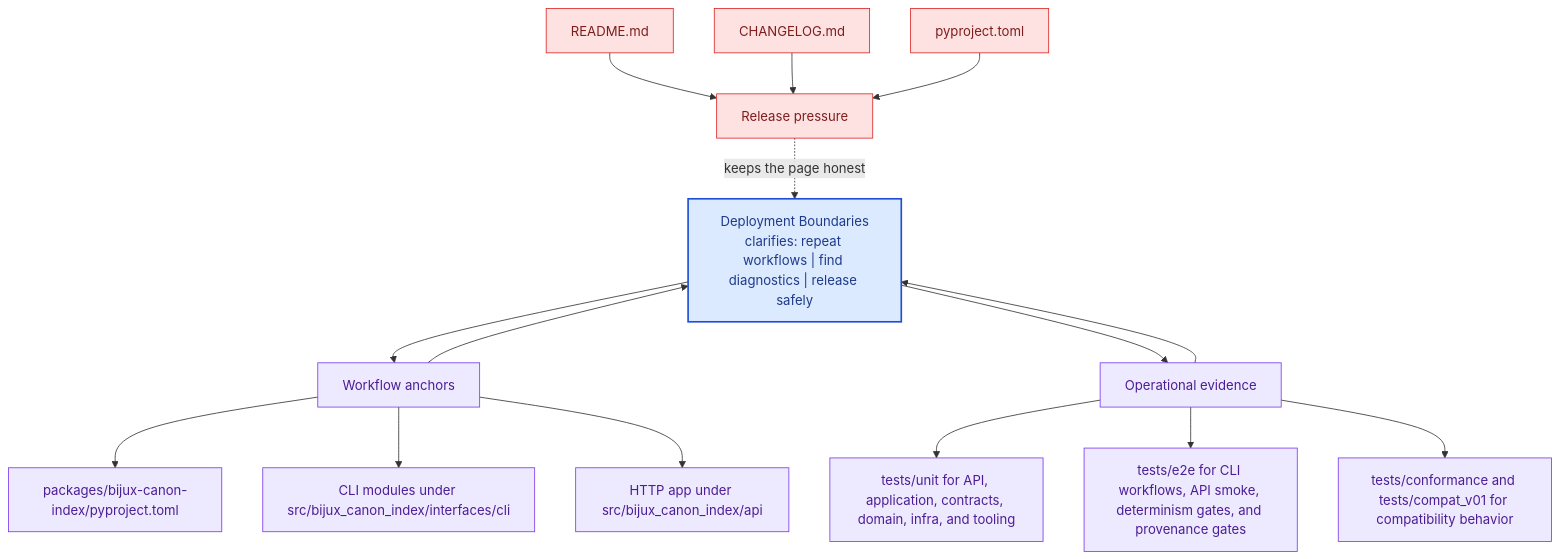
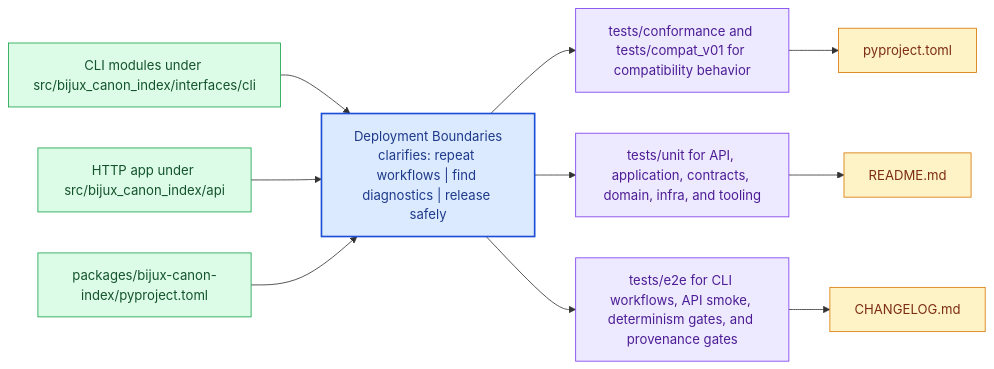
The diagram in docs/bijux-canon-index/operations/deployment-boundaries.md (bijux/bijux-canon), drawn with Mermaid before and after one commit. The commit also changed other lines of this file and 281 other files, not shown here.

Commit message:
docs(diagrams): replace repeated mermaid scaffolds with page-specific summaries

````diff
--- a/docs/bijux-canon-index/operations/deployment-boundaries.md
+++ b/docs/bijux-canon-index/operations/deployment-boundaries.md
@@ -67,41 +22,31 @@
 ```mermaid
-flowchart TB
-    promise["Deployment Boundaries<br/>clarifies: repeat workflows | find diagnostics | release safely"]
-    classDef promise fill:#dbeafe,stroke:#1d4ed8,color:#1e3a8a,stroke-width:2px;
-    classDef driver fill:#dcfce7,stroke:#16a34a,color:#14532d;
-    classDef constraint fill:#fee2e2,stroke:#dc2626,color:#7f1d1d;
-    classDef ground fill:#ede9fe,stroke:#7c3aed,color:#4c1d95;
-    focus1["Workflow anchors"]
-    focus1 --> promise
-    promise --> focus1
-    focus1_1["packages/bijux-canon-index/pyproject.toml"]
-    focus1 --> focus1_1
-    focus1_2["CLI modules under src/bijux_canon_index/interfaces/cli"]
-    focus1 --> focus1_2
-    focus1_3["HTTP app under src/bijux_canon_index/api"]
-    focus1 --> focus1_3
-    class focus1 ground;
-    class focus1_1,focus1_2,focus1_3 ground;
-    focus2["Operational evidence"]
-    focus2 --> promise
-    promise --> focus2
-    focus2_1["tests/unit for API, application, contracts, domain, infra, and tooling"]
-    focus2 --> focus2_1
-    focus2_2["tests/e2e for CLI workflows, API smoke, determinism gates, and provenance gates"]
-    focus2 --> focus2_2
-    focus2_3["tests/conformance and tests/compat_v01 for compatibility behavior"]
-    focus2 --> focus2_3
-    class focus2 ground;
-    class focus2_1,focus2_2,focus2_3 ground;
-    focus3["Release pressure"]
-    focus3 -.keeps the page honest.-> promise
-    focus3_1["README.md"]
-    focus3_1 --> focus3
-    focus3_2["CHANGELOG.md"]
-    focus3_2 --> focus3
-    focus3_3["pyproject.toml"]
-    focus3_3 --> focus3
-    class focus3 constraint;
-    class focus3_1,focus3_2,focus3_3 constraint;
-    class promise promise;
+flowchart LR
+    page["Deployment Boundaries<br/>clarifies: repeat workflows | find diagnostics | release safely"]
+    classDef page fill:#dbeafe,stroke:#1d4ed8,color:#1e3a8a,stroke-width:2px;
+    classDef positive fill:#dcfce7,stroke:#16a34a,color:#14532d;
+    classDef caution fill:#fee2e2,stroke:#dc2626,color:#7f1d1d;
+    classDef anchor fill:#ede9fe,stroke:#7c3aed,color:#4c1d95;
+    classDef action fill:#fef3c7,stroke:#d97706,color:#7c2d12;
+    step1["CLI modules under src/bijux_canon_index/interfaces/cli"]
+    step1 --> page
+    step2["HTTP app under src/bijux_canon_index/api"]
+    step2 --> page
+    step3["packages/bijux-canon-index/pyproject.toml"]
+    step3 --> page
+    run1["tests/conformance and tests/compat_v01 for compatibility behavior"]
+    page --> run1
+    run2["tests/unit for API, application, contracts, domain, infra, and tooling"]
+    page --> run2
+    run3["tests/e2e for CLI workflows, API smoke, determinism gates, and provenance gates"]
+    page --> run3
+    release1["pyproject.toml"]
+    run1 --> release1
+    release2["README.md"]
+    run2 --> release2
+    release3["CHANGELOG.md"]
+    run3 --> release3
+    class page page;
+    class step1,step2,step3 positive;
+    class run1,run2,run3 anchor;
+    class release1,release2,release3 action;
 ```
````
